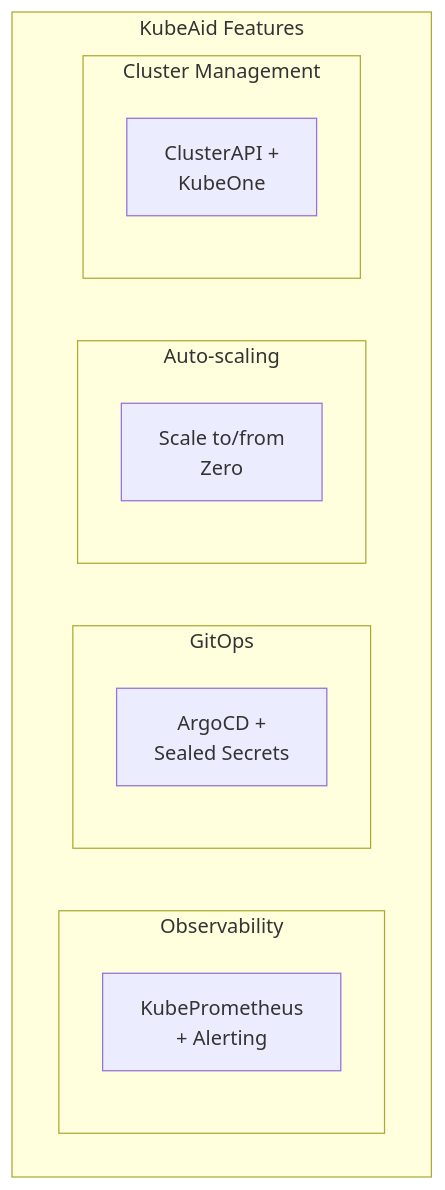
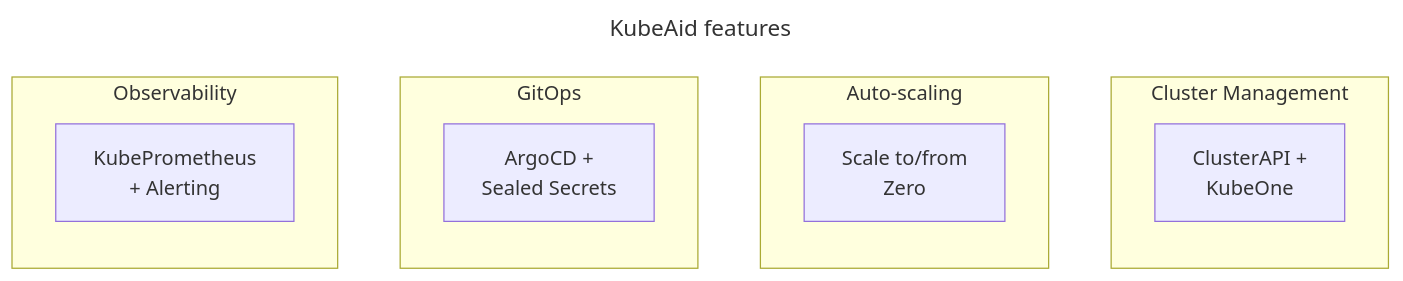
Before and after one commit to blackwoodseven/kubeaid: the diagram in docs/getting-started/README.md, drawn with Mermaid. The commit also changed other lines of this file, not shown here.

Commit message:
Worked on changes requested

````diff
--- a/docs/getting-started/README.md
+++ b/docs/getting-started/README.md
@@ -9,18 +9,20 @@
 ```mermaid
-flowchart TB
-    subgraph KubeAid["KubeAid Features"]
-        direction LR
-        subgraph Obs["Observability"]
-            KP["KubePrometheus<br/>+ Alerting"]
-        end
-        subgraph Git["GitOps"]
-            AG["ArgoCD +<br/>Sealed Secrets"]
-        end
-        subgraph Scale["Auto-scaling"]
-            AS["Scale to/from<br/>Zero"]
-        end
-        subgraph Mgmt["Cluster Management"]
-            CM["ClusterAPI +<br/>KubeOne"]
-        end
+---
+title: KubeAid features
+---
+flowchart LR
+    subgraph Obs["Observability"]
+        KP["KubePrometheus<br/>+ Alerting"]
     end
+    subgraph Git["GitOps"]
+        AG["ArgoCD +<br/>Sealed Secrets"]
+    end
+    subgraph Scale["Auto-scaling"]
+        AS["Scale to/from<br/>Zero"]
+    end
+    subgraph Mgmt["Cluster Management"]
+        CM["ClusterAPI +<br/>KubeOne"]
+    end
+    
+    Obs ~~~ Git ~~~ Scale ~~~ Mgmt
 ```
````
